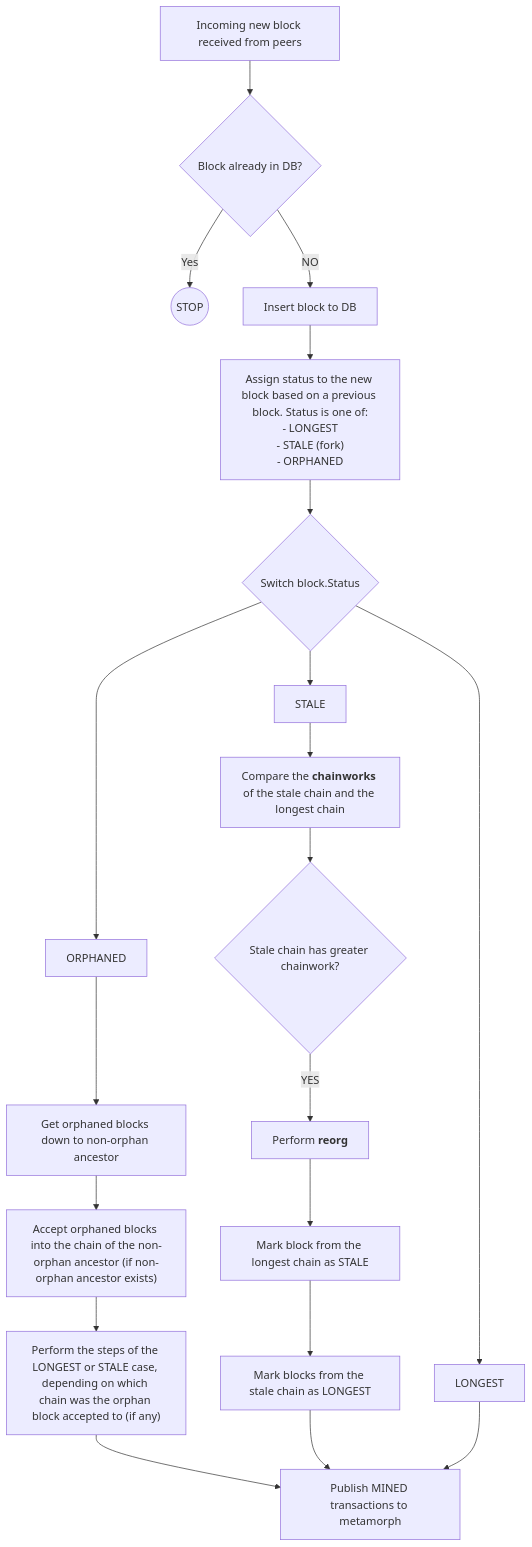
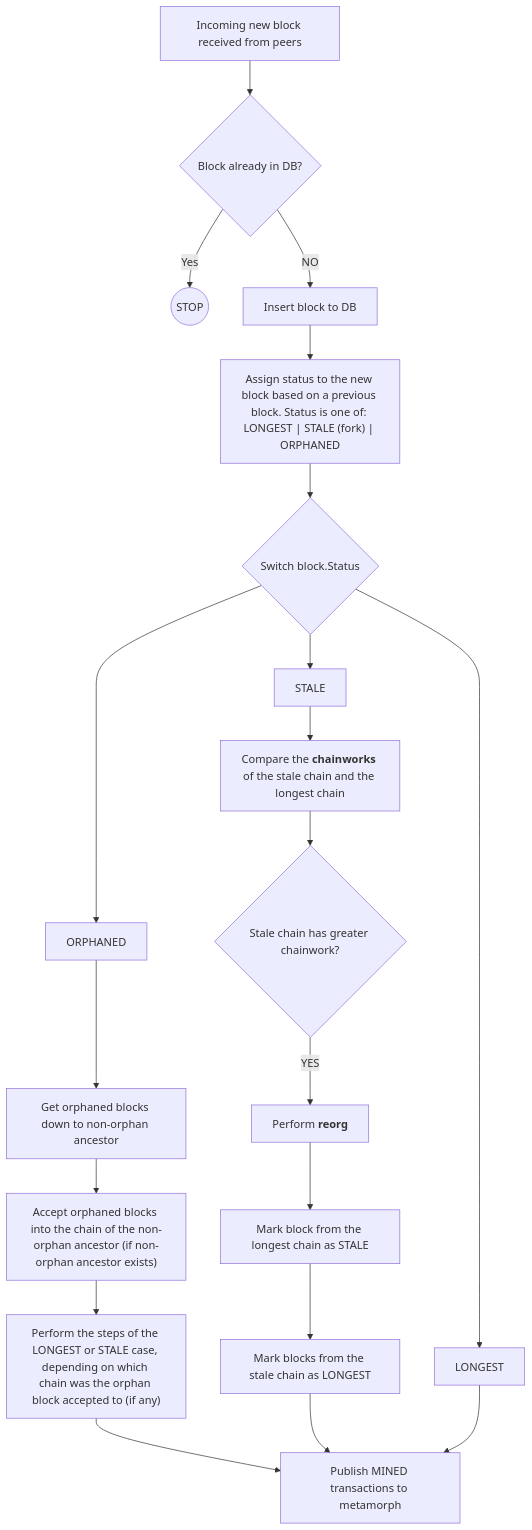
The eighth of 8 diagrams in arc-docu.md (teranode-group/arc-docs), drawn with Mermaid before and after one commit.

Commit message:
chore(MAESTRO-1186): replace grpc health probe
* chore(MEASTRO-1186): replace grpc health probe

* chore(MEASTRO-1186): flow diagram

* chore(MEASTRO-1186): function description

* chore(MEASTRO-1186): update readme

* chore(MEASTRO-1186): create channel in processor

* chore(MEASTRO-1186): rename mock file

* chore(MEASTRO-1186): clear subtrees table

* chore(MEASTRO-1186): fix

* chore(MEASTRO-1186): fix test

* chore(MEASTRO-1186): fix test

````diff
--- a/arc-docu.md
+++ b/arc-docu.md
@@ -591,28 +591,25 @@
 ```mermaid
 flowchart TD
     A[Incoming new block received from peers] --> B{Block already in DB?}
     B -->|Yes| S((STOP))
     B -->|NO| C[Insert block to DB]
-    C --> D["`Assign status to the new block based on a previous block. Status is one of:
-    - LONGEST
-    - STALE (fork)
-    - ORPHANED`"]
+    C --> D["`Assign status to the new block based on a previous block. Status is one of: LONGEST | STALE (fork) | ORPHANED`"]
     D --> E{Switch block.Status}
 
     E --> F[ORPHANED]
     F --> I[Get orphaned blocks down to non-orphan ancestor]
     I --> J["Accept orphaned blocks into the chain of the non-orphan ancestor (if non-orphan ancestor exists)"]
     J --> K["Perform the steps of the LONGEST or STALE case, depending on which chain was the orphan block accepted to (if any)"]
     K --> Q[Publish MINED transactions to metamorph]
 
     E --> H[STALE]
     H --> L["`Compare the **chainworks** of the stale chain and the longest chain`"]
     L --> M{Stale chain has greater chainwork?}
     M -->|YES| N["`Perform **reorg**`"]
     N --> O[Mark block from the longest chain as STALE]
     O --> P[Mark blocks from the stale chain as LONGEST]
     P --> Q
 
     E --> G[LONGEST]
     G --> Q
 ```
````
